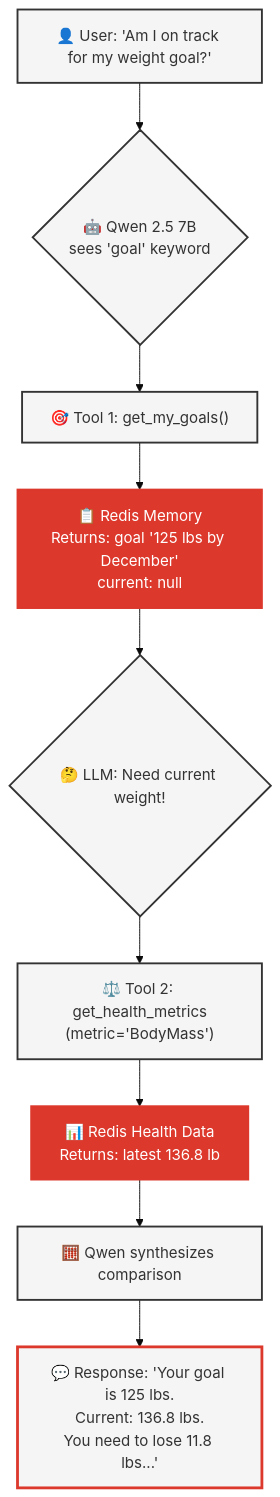
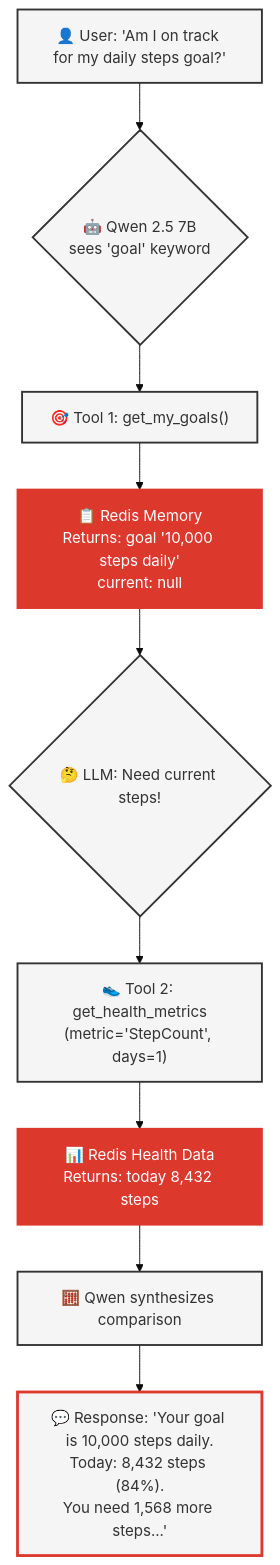
Before and after one commit to AllieRays/redis-wellness: the second of 4 diagrams in docs/06_AGENTIC_RAG.md, drawn with Mermaid (base theme). The commit also changed other lines of this file and 6 other files, not shown here.

````diff
--- a/docs/06_AGENTIC_RAG.md
+++ b/docs/06_AGENTIC_RAG.md
@@ -142,21 +142,21 @@
 ```mermaid
 flowchart TD
-    A["👤 User: 'Am I on track for my weight goal?'"] --> B{🤖 Qwen 2.5 7B<br/>sees 'goal' keyword}
+    A["👤 User: 'Am I on track for my daily steps goal?'"] --> B{🤖 Qwen 2.5 7B<br/>sees 'goal' keyword}
     B --> C["🎯 Tool 1: get_my_goals()"]
-    C --> D["📋 Redis Memory<br/>Returns: goal '125 lbs by December'<br/>current: null"]
-    D --> E{🤔 LLM: Need current weight!}
-    E --> F["⚖️ Tool 2: get_health_metrics<br/>(metric='BodyMass')"]
-    F --> G["📊 Redis Health Data<br/>Returns: latest 136.8 lb"]
+    C --> D["📋 Redis Memory<br/>Returns: goal '10,000 steps daily'<br/>current: null"]
+    D --> E{🤔 LLM: Need current steps!}
+    E --> F["👟 Tool 2: get_health_metrics<br/>(metric='StepCount', days=1)"]
+    F --> G["📊 Redis Health Data<br/>Returns: today 8,432 steps"]
     G --> H["🧮 Qwen synthesizes comparison"]
-    H --> I["💬 Response: 'Your goal is 125 lbs.<br/>Current: 136.8 lbs.<br/>You need to lose 11.8 lbs...'"]
+    H --> I["💬 Response: 'Your goal is 10,000 steps daily.<br/>Today: 8,432 steps (84%).<br/>You need 1,568 more steps...'"]
 
     style A fill:#f5f5f5,stroke:#333,stroke-width:2px
     style B fill:#f5f5f5,stroke:#333,stroke-width:2px
     style C fill:#f5f5f5,stroke:#333,stroke-width:2px
     style D fill:#DC382C,stroke:#DC382C,stroke-width:2px,color:#fff
     style E fill:#f5f5f5,stroke:#333,stroke-width:2px
     style F fill:#f5f5f5,stroke:#333,stroke-width:2px
     style G fill:#DC382C,stroke:#DC382C,stroke-width:2px,color:#fff
     style H fill:#f5f5f5,stroke:#333,stroke-width:2px
     style I fill:#f5f5f5,stroke:#DC382C,stroke-width:3px
 ```
````
